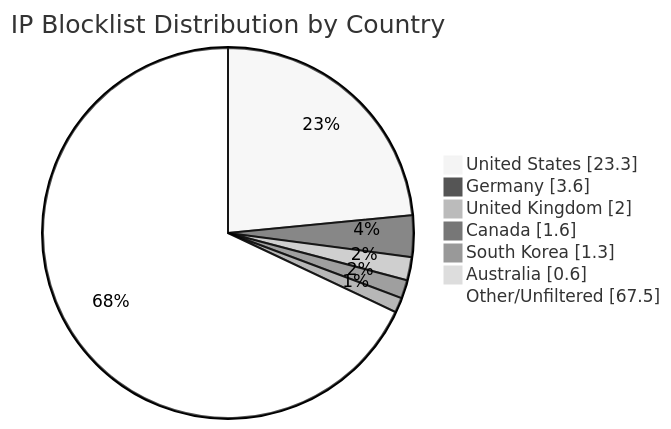
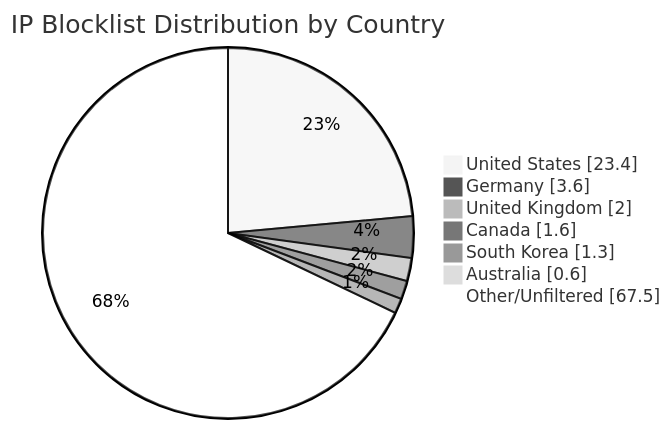
Before and after one commit to MarcusHoltz/ipblocklist-geofiltered-aggregator: the diagram in README.md, drawn with Mermaid (neutral theme). The commit also changed other lines of this file and 9 other files, not shown here.

````diff
--- a/README.md
+++ b/README.md
@@ -34,10 +34,10 @@
 ```mermaid
 pie showData title IP Blocklist Distribution by Country
-"United States" : 23.3
+"United States" : 23.4
 "Germany" : 3.6
 "United Kingdom" : 2.0
 "Canada" : 1.6
 "South Korea" : 1.3
 "Australia" : 0.6
 "Other/Unfiltered" : 67.5
 ```
````
